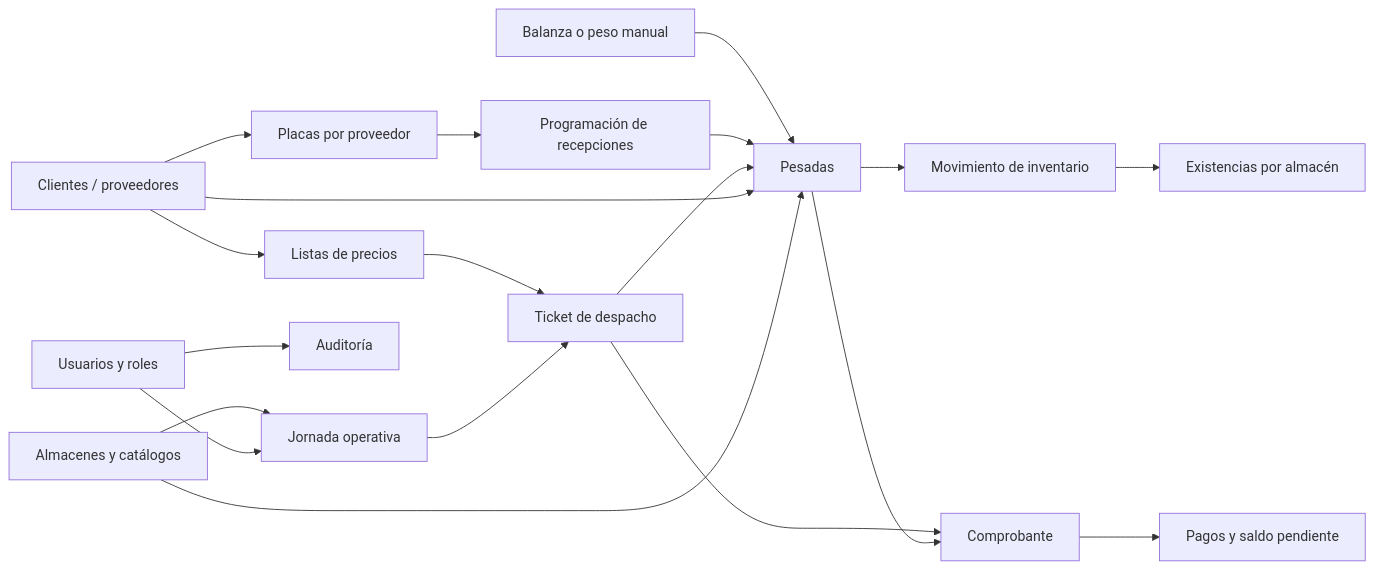
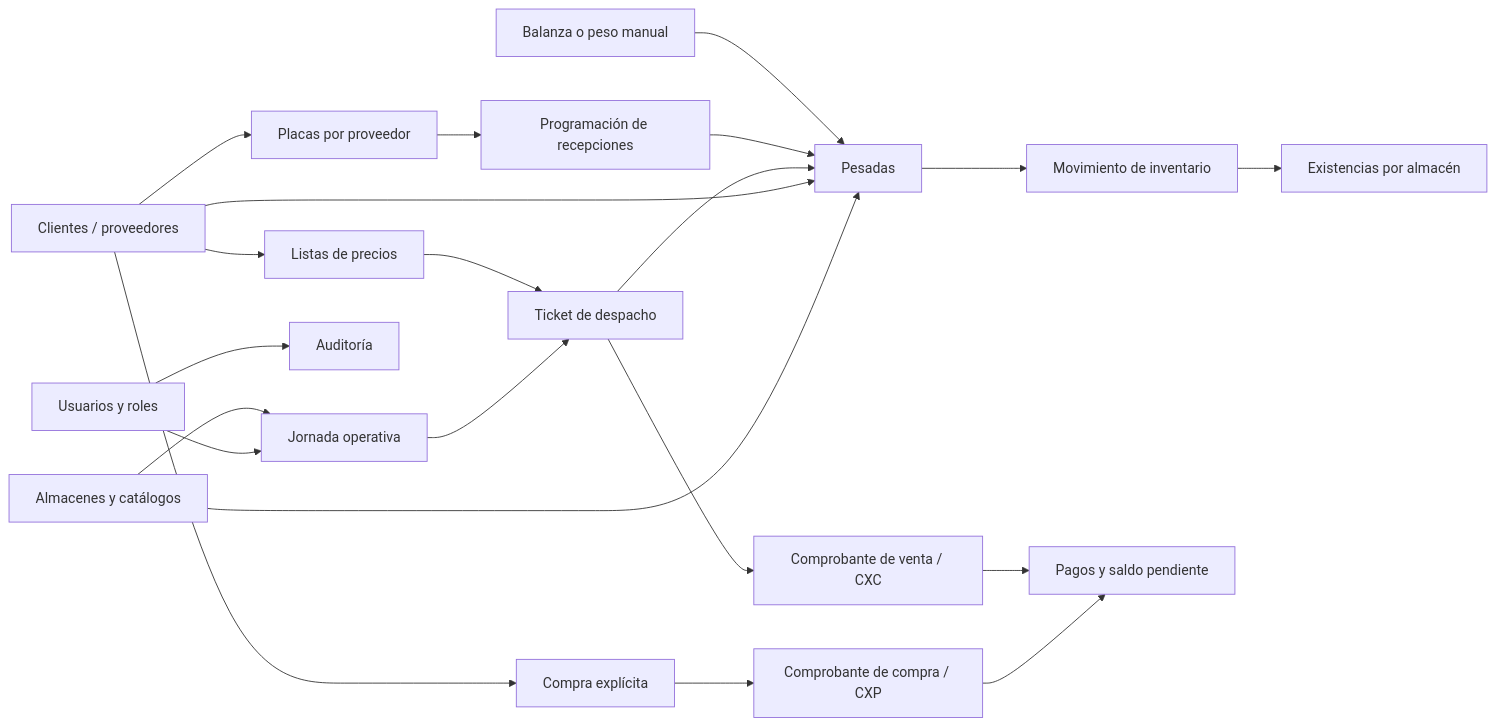
The first of 4 diagrams in docs/esquema-base-datos.md (GusgusNoriega/inventario-avicola), drawn with Mermaid before and after one commit. The commit also changed other lines of this file and 48 other files, not shown here.

````diff
--- a/docs/esquema-base-datos.md
+++ b/docs/esquema-base-datos.md
@@ -42,21 +42,23 @@
 ```mermaid
 flowchart LR
     A["Clientes / proveedores"] --> B["Listas de precios"]
     A --> N["Placas por proveedor"]
     N --> O["Programación de recepciones"]
     C["Almacenes y catálogos"] --> D["Jornada operativa"]
     B --> E["Ticket de despacho"]
     D --> E
     F["Balanza o peso manual"] --> G["Pesadas"]
     O --> G
     E --> G
     A --> G
     C --> G
     G --> H["Movimiento de inventario"]
     H --> I["Existencias por almacén"]
-    E --> J["Comprobante"]
-    G --> J
-    J --> K["Pagos y saldo pendiente"]
+    E --> V["Comprobante de venta / CXC"]
+    A --> P["Compra explícita"]
+    P --> X["Comprobante de compra / CXP"]
+    V --> K["Pagos y saldo pendiente"]
+    X --> K
     L["Usuarios y roles"] --> D
     L --> M["Auditoría"]
 ```
````
